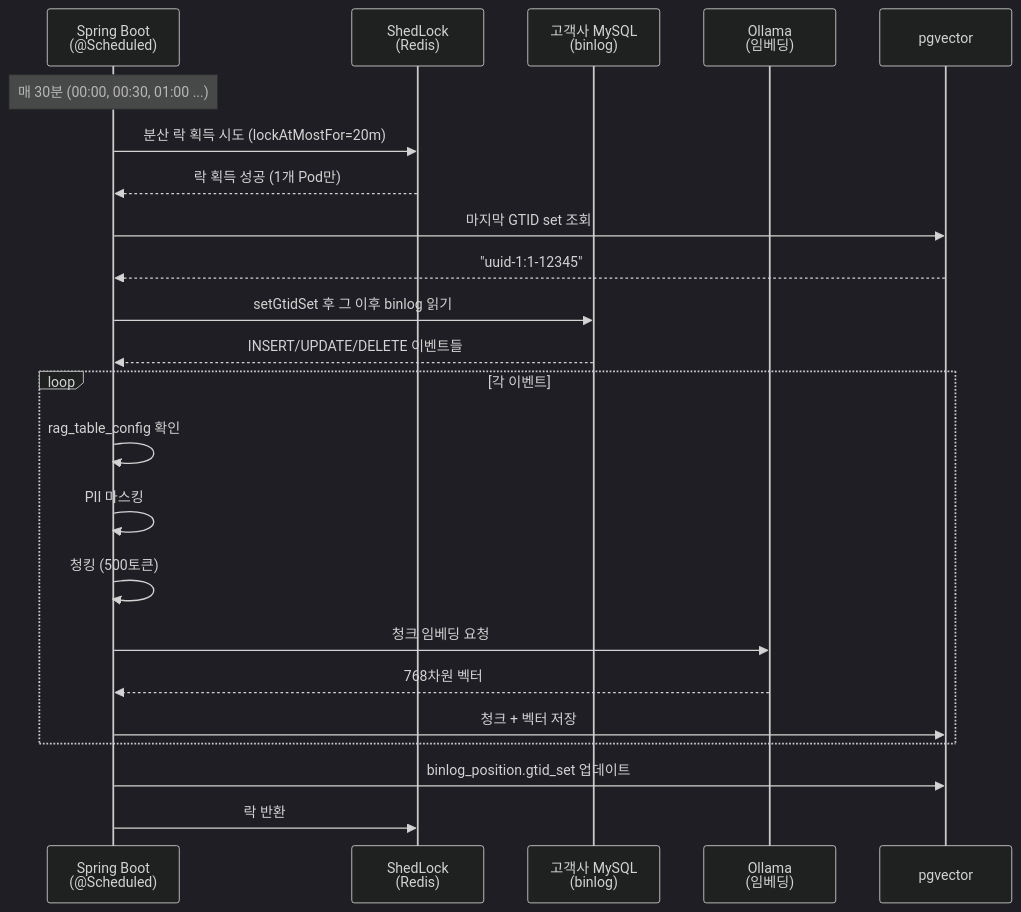
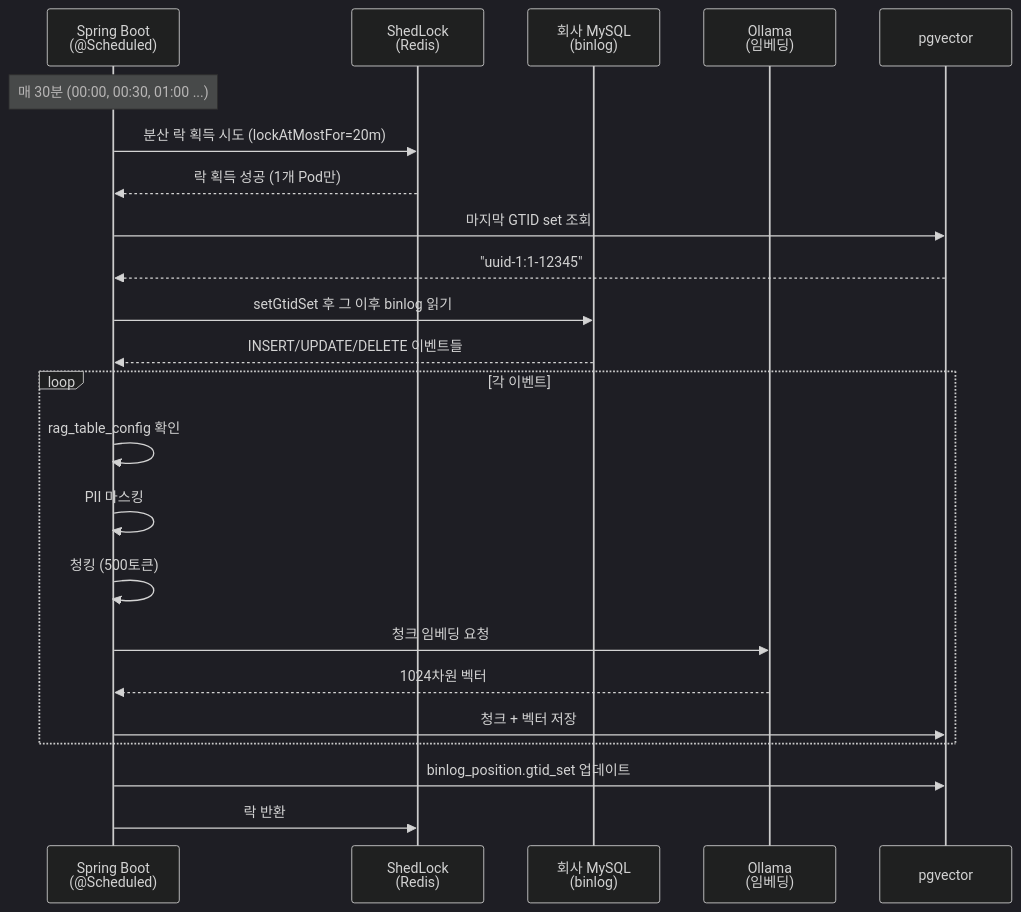
Before and after one commit to nittre/ragvault: the fifth of 14 diagrams in requirements/TEAM-OVERVIEW.md, drawn with Mermaid (dark theme). The commit also changed other lines of this file and 32 other files, not shown here.

````diff
--- a/requirements/TEAM-OVERVIEW.md
+++ b/requirements/TEAM-OVERVIEW.md
@@ -510,28 +488,28 @@
 ```mermaid
 sequenceDiagram
     participant S as Spring Boot<br/>(@Scheduled)
     participant L as ShedLock<br/>(Redis)
-    participant MY as 고객사 MySQL<br/>(binlog)
+    participant MY as 회사 MySQL<br/>(binlog)
     participant O as Ollama<br/>(임베딩)
     participant PG as pgvector
 
     Note over S: 매 30분 (00:00, 00:30, 01:00 ...)
     S->>L: 분산 락 획득 시도 (lockAtMostFor=20m)
     L-->>S: 락 획득 성공 (1개 Pod만)
     S->>PG: 마지막 GTID set 조회
     PG-->>S: "uuid-1:1-12345"
     S->>MY: setGtidSet 후 그 이후 binlog 읽기
     MY-->>S: INSERT/UPDATE/DELETE 이벤트들
 
     loop 각 이벤트
         S->>S: rag_table_config 확인
         S->>S: PII 마스킹
         S->>S: 청킹 (500토큰)
         S->>O: 청크 임베딩 요청
-        O-->>S: 768차원 벡터
+        O-->>S: 1024차원 벡터
         S->>PG: 청크 + 벡터 저장
     end
 
     S->>PG: binlog_position.gtid_set 업데이트
     S->>L: 락 반환
 ```
````
